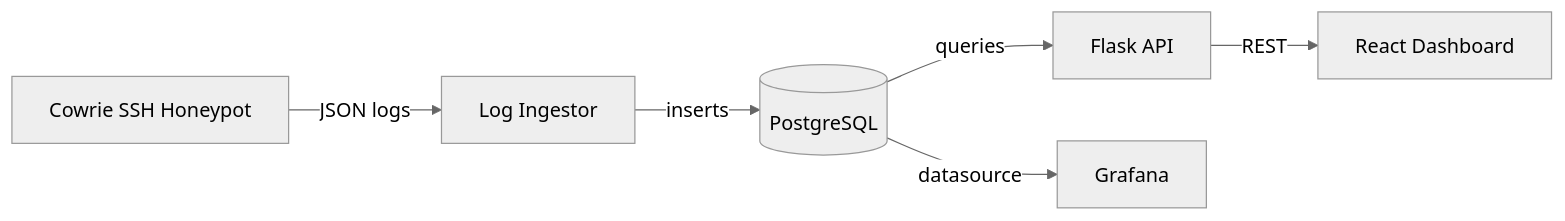
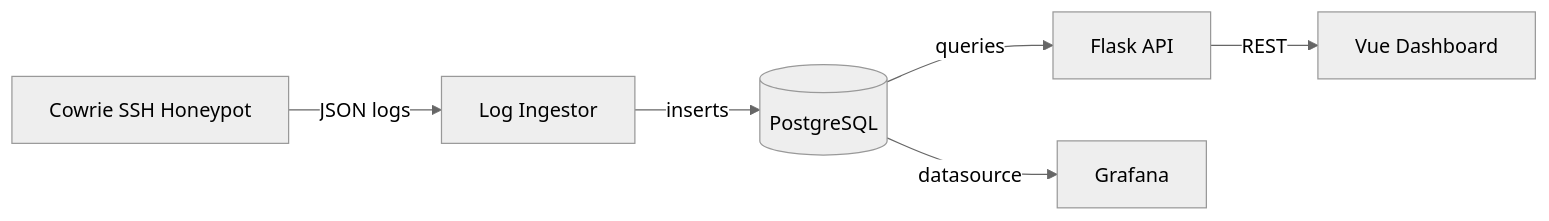
Before and after one commit to straightchlorine/honeywatch: the diagram in README.md, drawn with Mermaid (neutral theme). The commit also changed other lines of this file, not shown here.

Commit message:
doc: updated usage to vue - can be cool to try it out

````diff
--- a/README.md
+++ b/README.md
@@ -7,8 +7,8 @@
 ```mermaid
 graph LR
     A[Cowrie SSH Honeypot] -->|JSON logs| B[Log Ingestor]
     B -->|inserts| C[(PostgreSQL)]
     C -->|queries| D[Flask API]
-    D -->|REST| E[React Dashboard]
+    D -->|REST| E[Vue Dashboard]
     C -->|datasource| F[Grafana]
 ```
````
